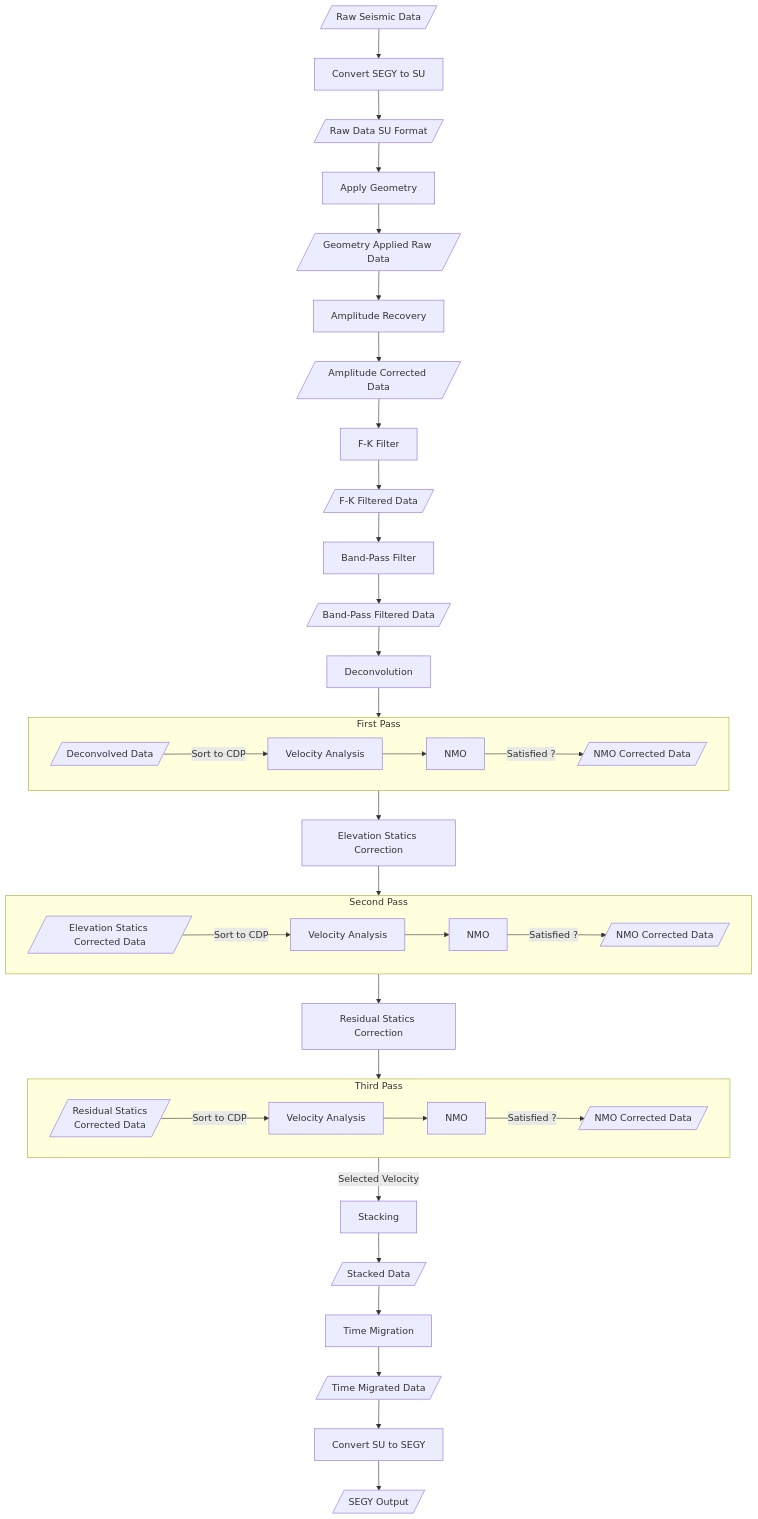
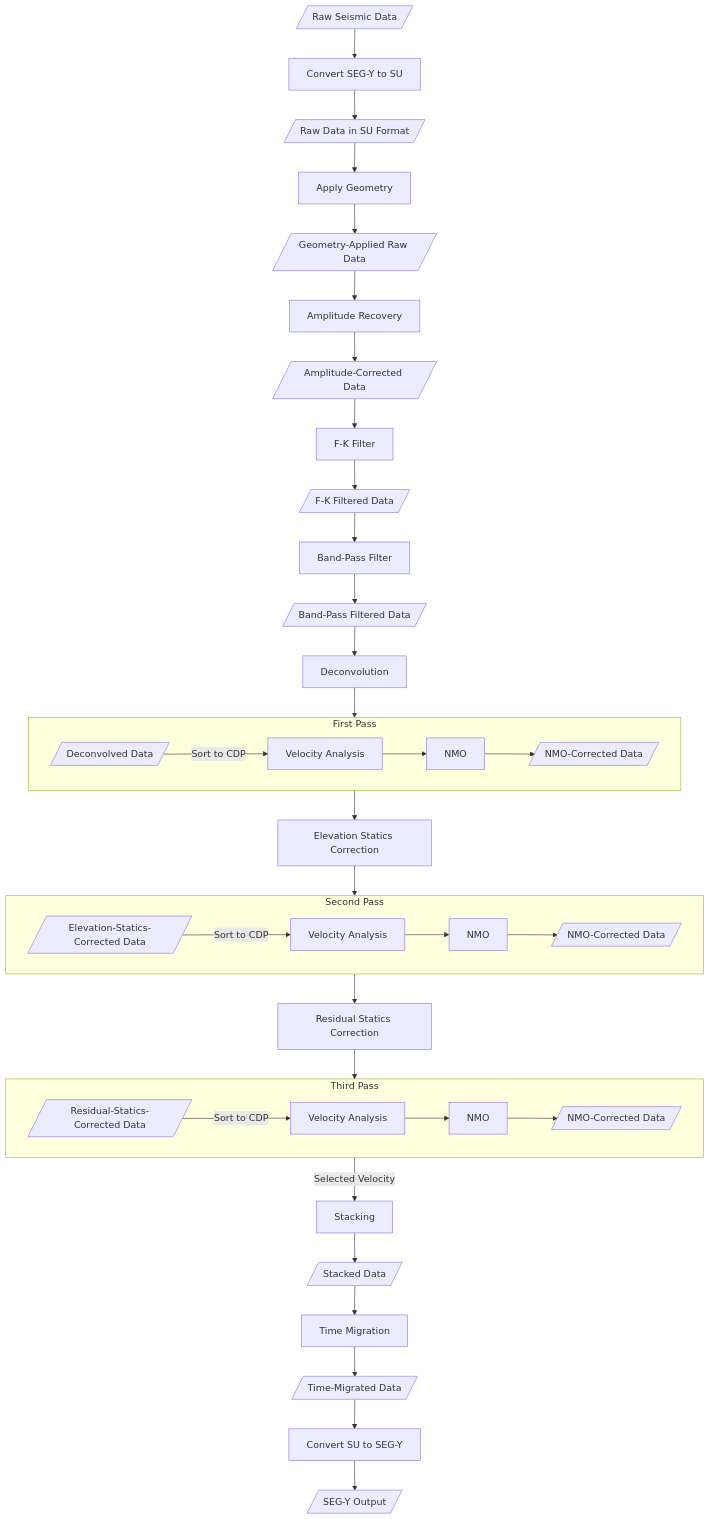
One commit to vandanue/ADG-1 changed the diagram in README.md. Above: the diagram before and after it, drawn with Mermaid. The commit also changed other lines of this file, not shown here.

````diff
--- a/README.md
+++ b/README.md
@@ -6,46 +13,49 @@
 ```mermaid
 flowchart TD
-    A[/Raw Seismic Data/] --> B[Convert SEGY to SU]
-    B --> C[/Raw Data SU Format/]
+    A[/Raw Seismic Data/] --> B[Convert SEG-Y to SU]
+    B --> C[/Raw Data in SU Format/]
     C --> D[Apply Geometry]
-    D --> E[/Geometry Applied Raw Data/]
+    D --> E[/Geometry-Applied Raw Data/]
     E --> F[Amplitude Recovery]
-    F --> G[/Amplitude Corrected Data/]
+    F --> G[/Amplitude-Corrected Data/]
     G --> H[F-K Filter]
     H --> I[/F-K Filtered Data/]
     I --> J[Band-Pass Filter]
     J --> K[/Band-Pass Filtered Data/]
     K --> L[Deconvolution]
     L --> M[/Deconvolved Data/]
+
     subgraph First Pass
-    direction LR
-        M --> |Sort to CDP| Z1[Velocity Analysis]
+        direction LR
+        M -->|Sort to CDP| Z1[Velocity Analysis]
         Z1 --> Z2[NMO]
-        Z2 --> |Satisfied ?| Z3[/NMO Corrected Data/]
+        Z2 --> Z3[/NMO-Corrected Data/]
     end
 
     M --> N[Elevation Statics Correction]
-    N --> O[/Elevation Statics Corrected Data/] 
+    N --> O[/Elevation-Statics-Corrected Data/]
+
     subgraph Second Pass
-    direction LR
-        O --> |Sort to CDP| Z4[Velocity Analysis]
+        direction LR
+        O -->|Sort to CDP| Z4[Velocity Analysis]
         Z4 --> Z5[NMO]
-        Z5 --> |Satisfied ?| Z6[/NMO Corrected Data/]
+        Z5 --> Z6[/NMO-Corrected Data/]
     end
 
     O --> P[Residual Statics Correction]
-    P --> Q[/Residual Statics <br/> Corrected Data/]
+    P --> Q[/Residual-Statics-Corrected Data/]
+
     subgraph Third Pass
-    direction LR
-        Q --> |Sort to CDP| Z7[Velocity Analysis]
+        direction LR
+        Q -->|Sort to CDP| Z7[Velocity Analysis]
         Z7 --> Z8[NMO]
-        Z8 --> |Satisfied ?| Z9[/NMO Corrected Data/]
+        Z8 --> Z9[/NMO-Corrected Data/]
     end
 
-    Z9 --> |Selected Velocity| T[Stacking]
+    Z9 -->|Selected Velocity| T[Stacking]
     T --> U[/Stacked Data/]
     U --> V[Time Migration]
-    V --> W[/Time Migrated Data/]
-    W --> X[Convert SU to SEGY]
-    X --> Y[/SEGY Output/]
+    V --> W[/Time-Migrated Data/]
+    W --> X[Convert SU to SEG-Y]
+    X --> Y[/SEG-Y Output/]
 ```
````
